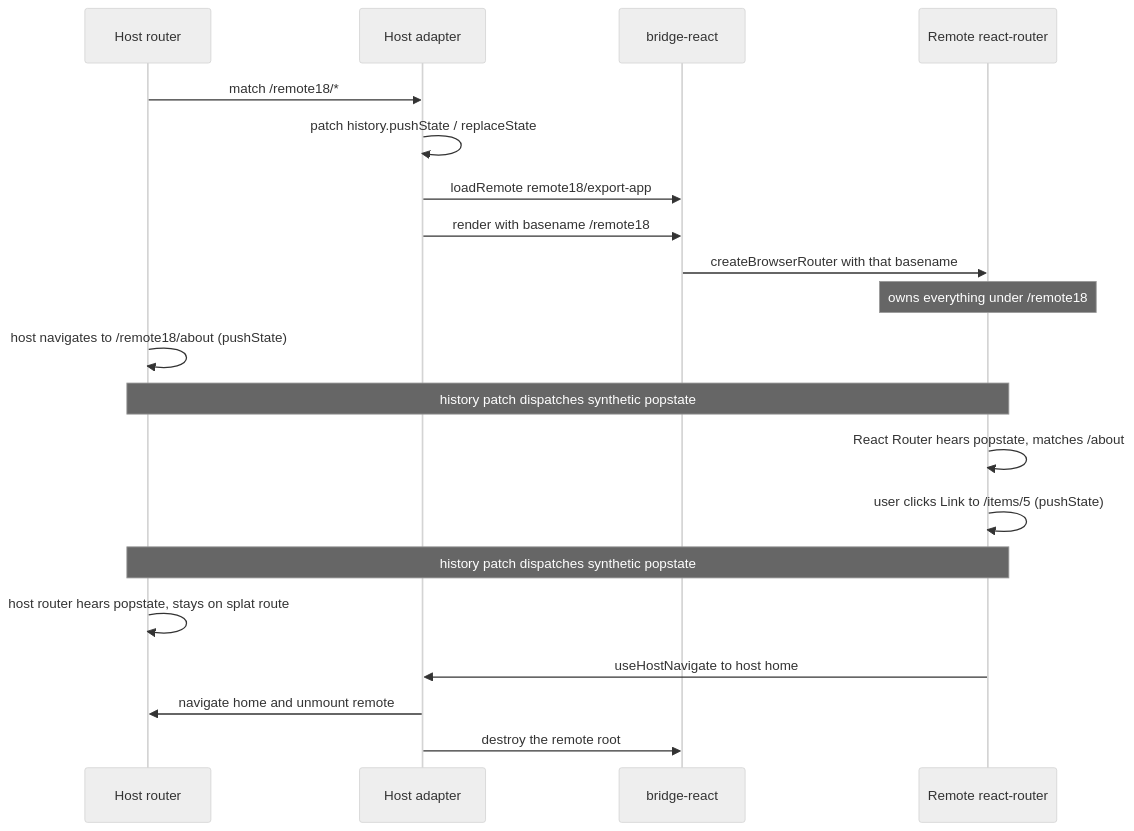
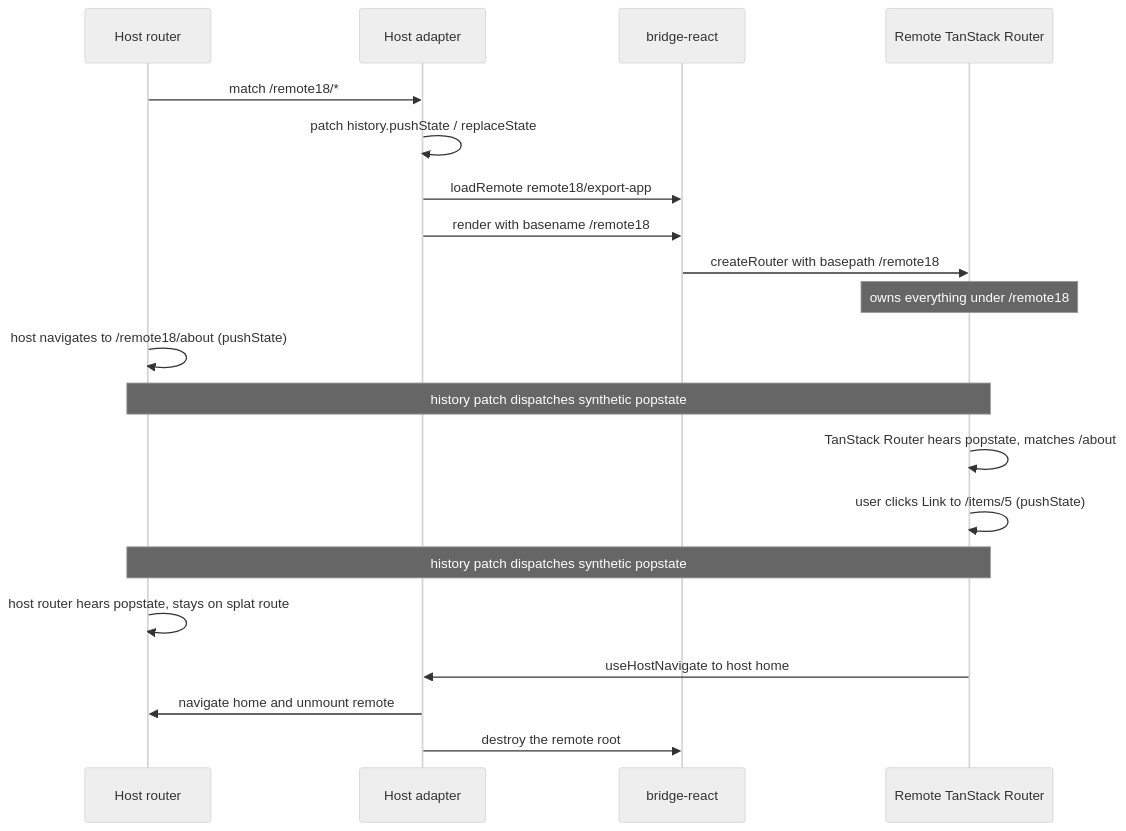
Before and after one commit to arshabh-agarwal/bridge-react-poc: the diagram in README.md, drawn with Mermaid (neutral theme). The commit also changed other lines of this file and 14 other files, not shown here.

Commit message:
refactor(remote): replace react-router with tanstack router

````diff
--- a/README.md
+++ b/README.md
@@ -72,23 +73,23 @@
 ```mermaid
 sequenceDiagram
   participant Host as Host router
   participant Adapter as Host adapter
   participant Provider as bridge-react
-  participant Remote as Remote react-router
+  participant Remote as Remote TanStack Router
 
   Host->>Adapter: match /remote18/*
   Adapter->>Adapter: patch history.pushState / replaceState
   Adapter->>Provider: loadRemote remote18/export-app
   Adapter->>Provider: render with basename /remote18
-  Provider->>Remote: createBrowserRouter with that basename
+  Provider->>Remote: createRouter with basepath /remote18
   Note over Remote: owns everything under /remote18
   Host->>Host: host navigates to /remote18/about (pushState)
   Note over Host,Remote: history patch dispatches synthetic popstate
-  Remote->>Remote: React Router hears popstate, matches /about
+  Remote->>Remote: TanStack Router hears popstate, matches /about
   Remote->>Remote: user clicks Link to /items/5 (pushState)
   Note over Host,Remote: history patch dispatches synthetic popstate
   Host->>Host: host router hears popstate, stays on splat route
   Remote->>Adapter: useHostNavigate to host home
   Adapter->>Host: navigate home and unmount remote
   Adapter->>Provider: destroy the remote root
 ```
````
